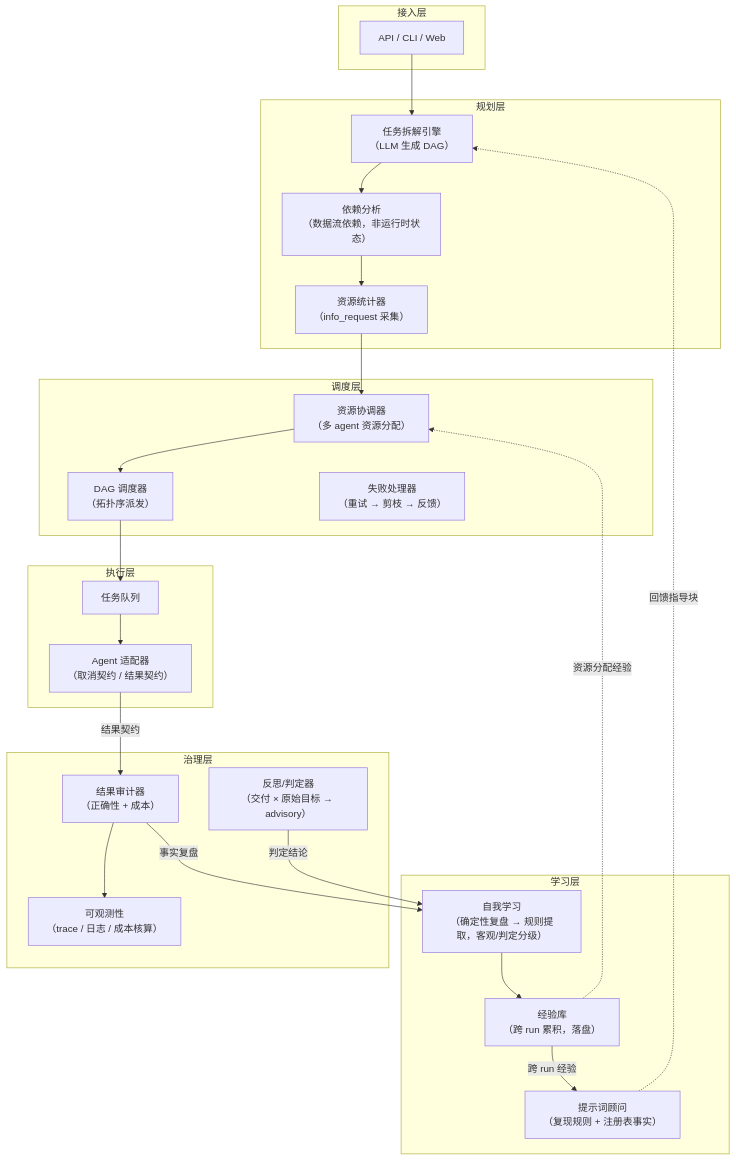
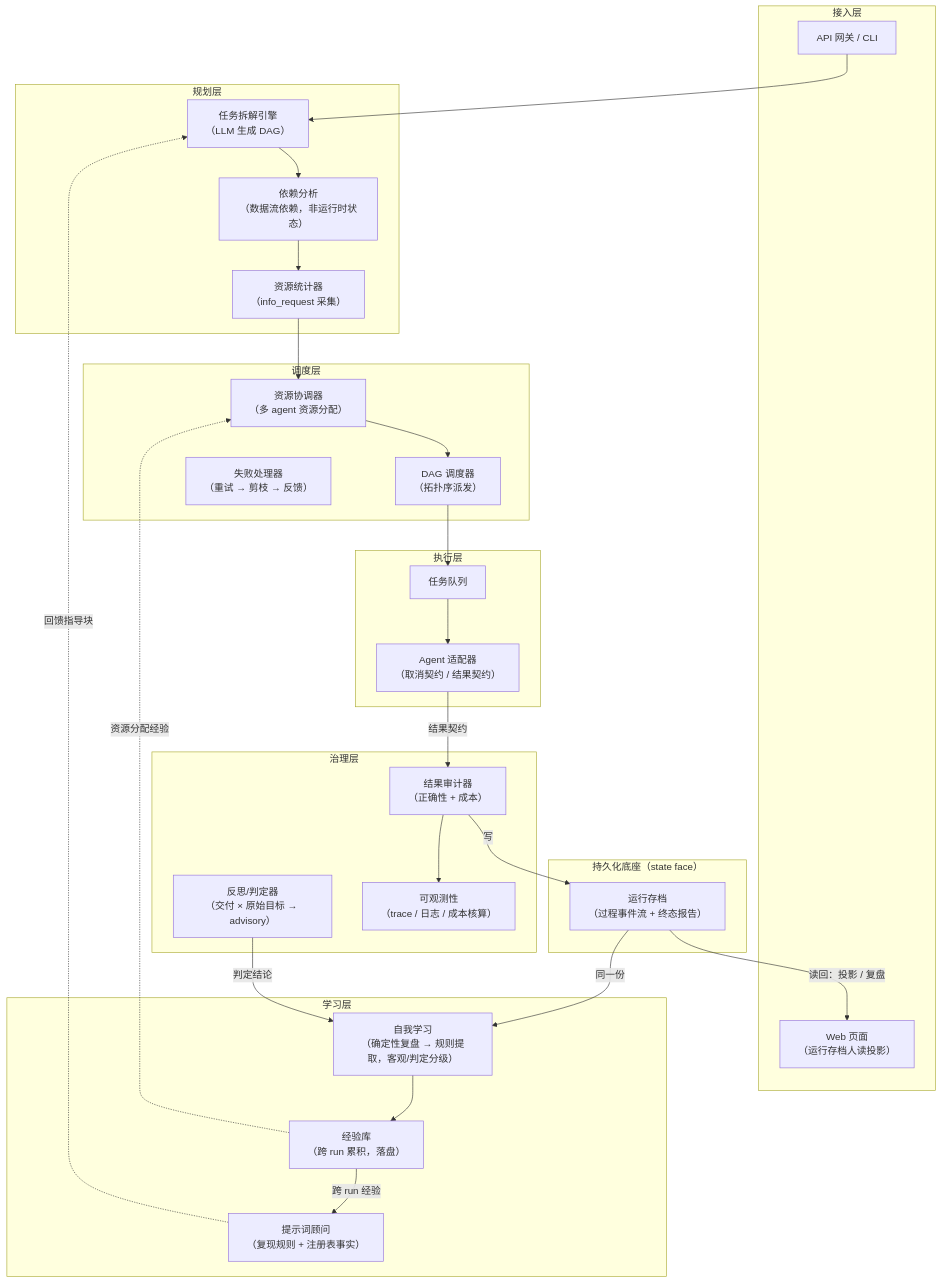
One commit to hankwangcn/agents-orchestration changed the first of 2 diagrams in docs/architecture.md. Above: the diagram before and after it, drawn with Mermaid. The commit also changed other lines of this file and 15 other files, not shown here.

````diff
--- a/docs/architecture.md
+++ b/docs/architecture.md
@@ -44,49 +44,56 @@
 ```mermaid
 flowchart TB
     subgraph UI["接入层"]
-        API["API / CLI / Web"]
+        API["API 网关 / CLI"]
+        WEB["Web 页面<br/>（运行存档人读投影）"]
     end
 
     subgraph PLAN["规划层"]
         TD["任务拆解引擎<br/>（LLM 生成 DAG）"]
         RS["资源统计器<br/>（info_request 采集）"]
         DEP["依赖分析<br/>（数据流依赖，非运行时状态）"]
     end
 
     subgraph SCHED["调度层"]
         RC["资源协调器<br/>（多 agent 资源分配）"]
         SCH["DAG 调度器<br/>（拓扑序派发）"]
         FH["失败处理器<br/>（重试 → 剪枝 → 反馈）"]
     end
 
     subgraph EXEC["执行层"]
         AC["Agent 适配器<br/>（取消契约 / 结果契约）"]
         QT["任务队列"]
     end
 
     subgraph GOV["治理层"]
         AU["结果审计器<br/>（正确性 + 成本）"]
         RF["反思/判定器<br/>（交付 × 原始目标 → advisory）"]
         OB["可观测性<br/>（trace / 日志 / 成本核算）"]
     end
 
     subgraph LEARN["学习层"]
         LRN["自我学习<br/>（确定性复盘 → 规则提取，客观/判定分级）"]
         KB["经验库<br/>（跨 run 累积，落盘）"]
         PA["提示词顾问<br/>（复现规则 + 注册表事实）"]
     end
 
+    subgraph STORE["持久化底座（state face）"]
+        ARC["运行存档<br/>（过程事件流 + 终态报告）"]
+    end
+
     API --> TD
     TD --> DEP --> RS
     RS --> RC
     RC --> SCH
     SCH --> QT --> AC
     AC -->|结果契约| AU
     AU --> OB
-    AU -->|事实复盘| LRN
+    AU -->|写| ARC
+    ARC -->|读回：投影 / 复盘| WEB
+    ARC -->|同一份| LRN
     RF -->|判定结论| LRN
     LRN --> KB
     KB -->|跨 run 经验| PA
     PA -.->|回馈指导块| TD
     KB -.->|资源分配经验| RC
 ```
````
